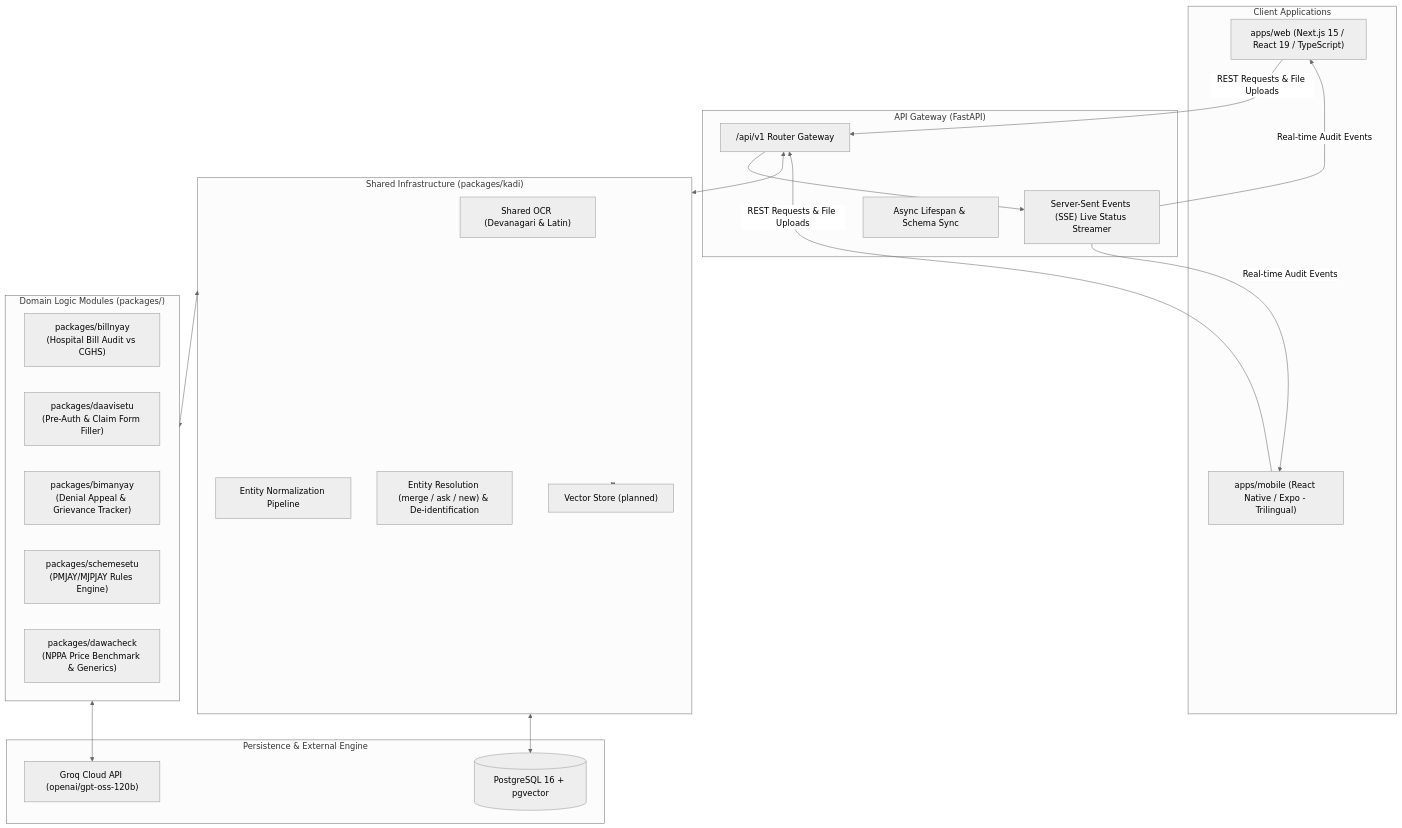
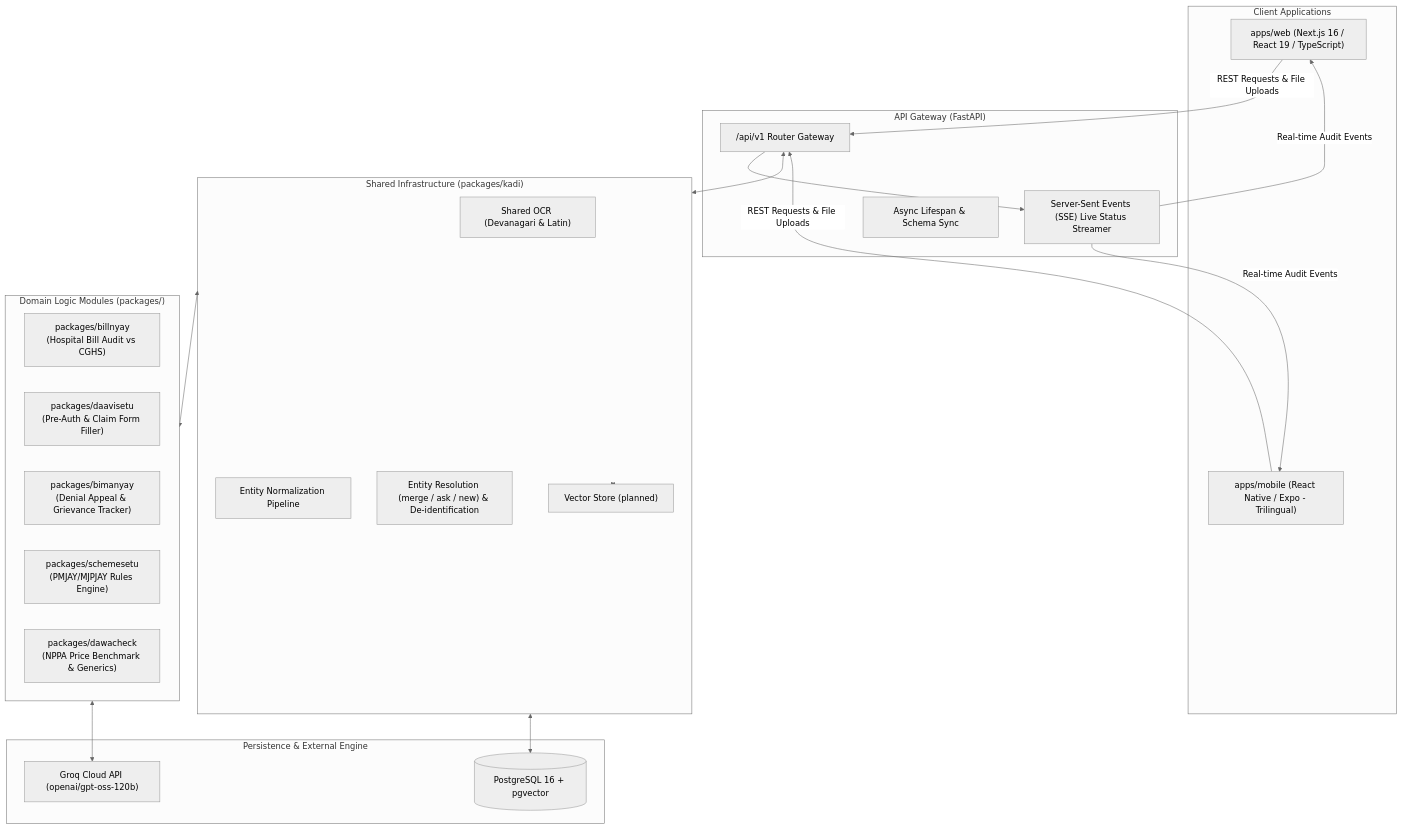
One commit to Viraj281105/Arogyarakshak changed the diagram in docs/architecture/overview.md. Above: the diagram before and after it, drawn with Mermaid (neutral theme). The commit also changed other lines of this file and 3 other files, not shown here.

````diff
--- a/docs/architecture/overview.md
+++ b/docs/architecture/overview.md
@@ -18,43 +18,43 @@
 ```mermaid
 flowchart TD
     subgraph ClientLayer ["Client Applications"]
-        Web["apps/web (Next.js 15 / React 19 / TypeScript)"]
+        Web["apps/web (Next.js 16 / React 19 / TypeScript)"]
         Mobile["apps/mobile (React Native / Expo - Trilingual)"]
     end
 
     subgraph APILayer ["API Gateway (FastAPI)"]
         Router["/api/v1 Router Gateway"]
         SSE["Server-Sent Events (SSE) Live Status Streamer"]
         Lifespan["Async Lifespan & Schema Sync"]
     end
 
     subgraph SharedLayer ["Shared Infrastructure (packages/kadi)"]
         OCR["Shared OCR (Devanagari & Latin)"]
         Extraction["Entity Normalization Pipeline"]
         Resolution["Entity Resolution (merge / ask / new) &amp; De-identification"]
         FAISS_Idx["Vector Store (planned)"]
     end
 
     subgraph DomainModules ["Domain Logic Modules (packages/)"]
         BillNyay["packages/billnyay<br/>(Hospital Bill Audit vs CGHS)"]
         DaaviSetu["packages/daavisetu<br/>(Pre-Auth & Claim Form Filler)"]
         BimaNyay["packages/bimanyay<br/>(Denial Appeal & Grievance Tracker)"]
         SchemeSetu["packages/schemesetu<br/>(PMJAY/MJPJAY Rules Engine)"]
         DawaCheck["packages/dawacheck<br/>(NPPA Price Benchmark & Generics)"]
     end
 
     subgraph DataLayer ["Persistence & External Engine"]
         Postgres[(PostgreSQL 16 + pgvector)]
         Groq["Groq Cloud API (openai/gpt-oss-120b)"]
     end
 
     Web & Mobile -->|REST Requests & File Uploads| Router
     Router --> SSE
     SSE -->|Real-time Audit Events| Web & Mobile
 
     Router <--> SharedLayer
     SharedLayer <--> DomainModules
     SharedLayer <--> Postgres
     SharedLayer <--> FAISS_Idx
     DomainModules <--> Groq
 ```
````
